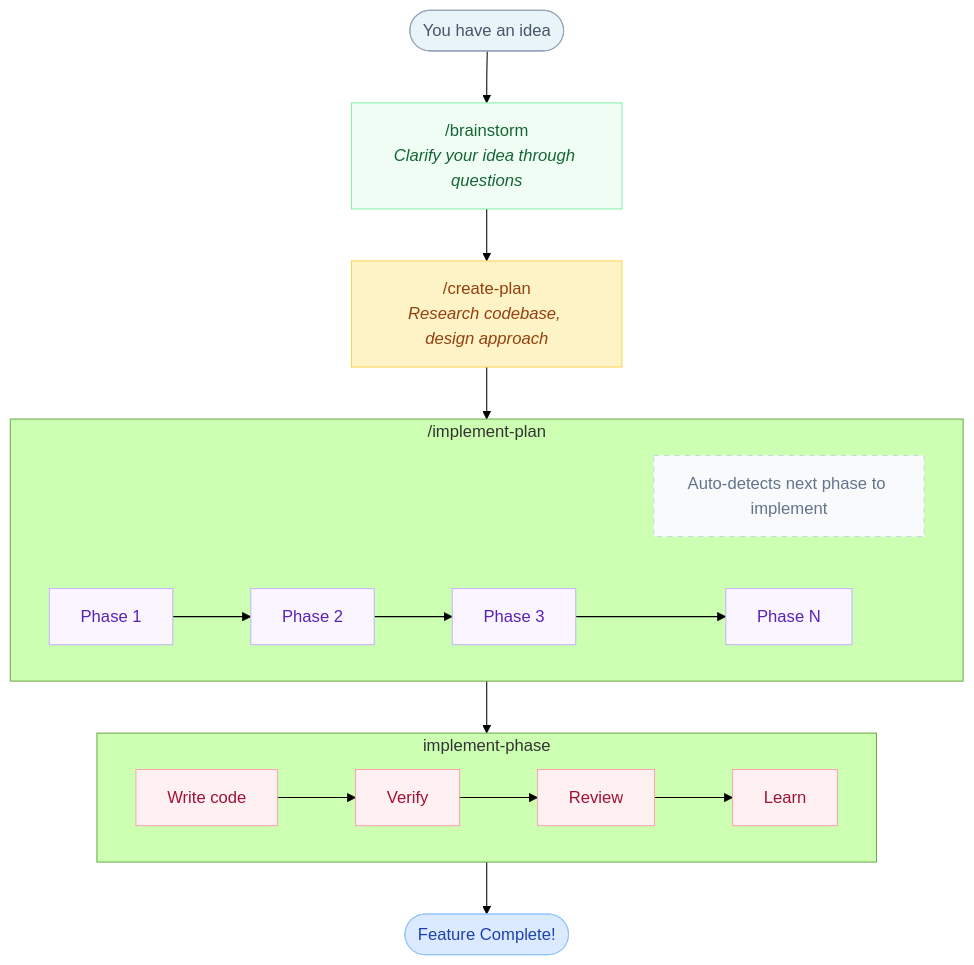
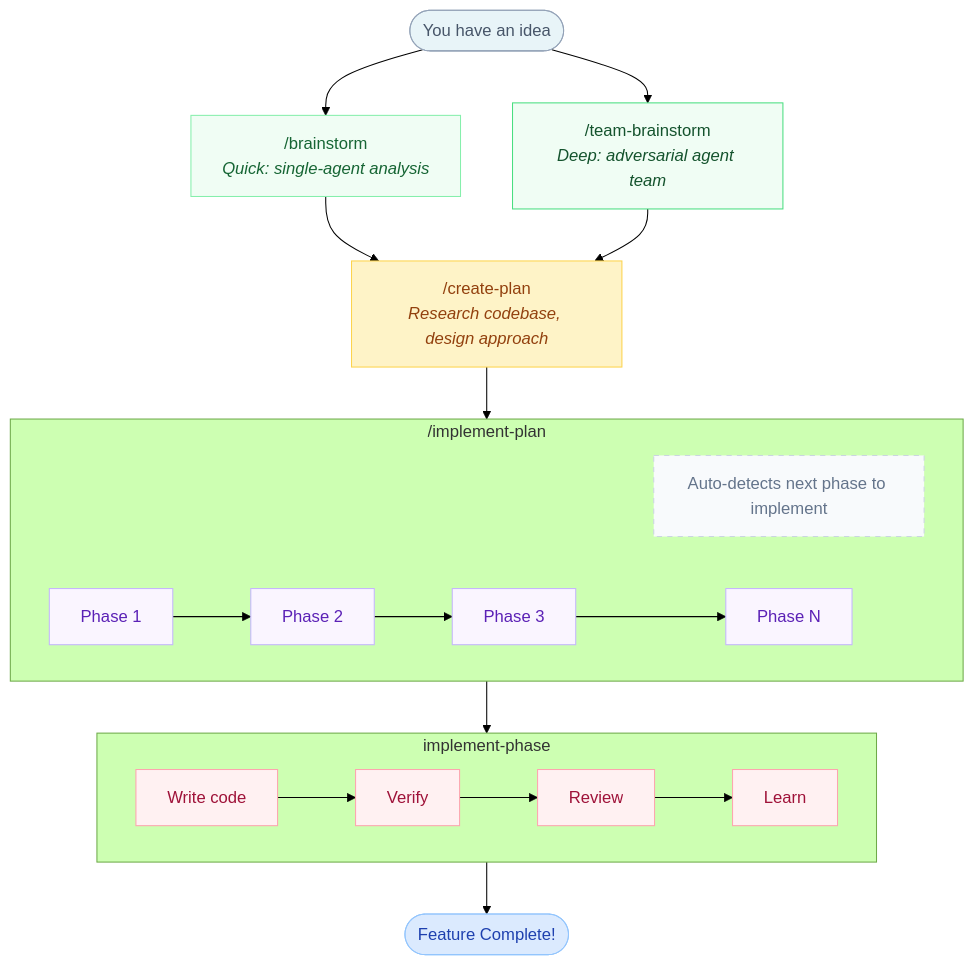
One commit to mhylle/claude-skills-collection changed the diagram in documentation/01-workflow-overview.md. Above: the diagram before and after it, drawn with Mermaid (forest theme). The commit also changed other lines of this file and 2 other files, not shown here.

First line of the commit message:
docs: add team-brainstorm to README and workflow documentation

````diff
--- a/documentation/01-workflow-overview.md
+++ b/documentation/01-workflow-overview.md
@@ -9,42 +9,46 @@
 ```mermaid
 flowchart TD
     idea([You have an idea])
 
     idea --> brainstorm
-    brainstorm["/brainstorm<br><i>Clarify your idea through questions</i>"]
+    idea --> teambrainstorm
+    brainstorm["/brainstorm<br><i>Quick: single-agent analysis</i>"]
+    teambrainstorm["/team-brainstorm<br><i>Deep: adversarial agent team</i>"]
 
     brainstorm --> createplan
+    teambrainstorm --> createplan
     createplan["/create-plan<br><i>Research codebase, design approach</i>"]
 
     createplan --> implementplan
 
     subgraph implementplan ["/implement-plan"]
         direction LR
         implnote["Auto-detects next phase to implement"]
         p1[Phase 1] --> p2[Phase 2] --> p3[Phase 3] --> pn[Phase N]
     end
 
     implementplan --> phase
 
     subgraph phase ["implement-phase"]
         direction LR
         s1["Write code"] --> s2["Verify"] --> s3["Review"] --> s4["Learn"]
     end
 
     phase --> complete([Feature Complete!])
 
     %% Muted color styling
     style idea fill:#e8f4f8,stroke:#94a3b8,color:#475569
     style brainstorm fill:#f0fdf4,stroke:#86efac,color:#166534
+    style teambrainstorm fill:#f0fdf4,stroke:#4ade80,color:#14532d
     style createplan fill:#fef3c7,stroke:#fcd34d,color:#92400e
     style complete fill:#dbeafe,stroke:#93c5fd,color:#1e40af
     style implnote fill:#f8fafc,stroke:#cbd5e1,color:#64748b,stroke-dasharray: 5 5
     style p1 fill:#faf5ff,stroke:#c4b5fd,color:#5b21b6
     style p2 fill:#faf5ff,stroke:#c4b5fd,color:#5b21b6
     style p3 fill:#faf5ff,stroke:#c4b5fd,color:#5b21b6
     style pn fill:#faf5ff,stroke:#c4b5fd,color:#5b21b6
     style s1 fill:#fff1f2,stroke:#fda4af,color:#9f1239
     style s2 fill:#fff1f2,stroke:#fda4af,color:#9f1239
     style s3 fill:#fff1f2,stroke:#fda4af,color:#9f1239
     style s4 fill:#fff1f2,stroke:#fda4af,color:#9f1239
 ```
````
